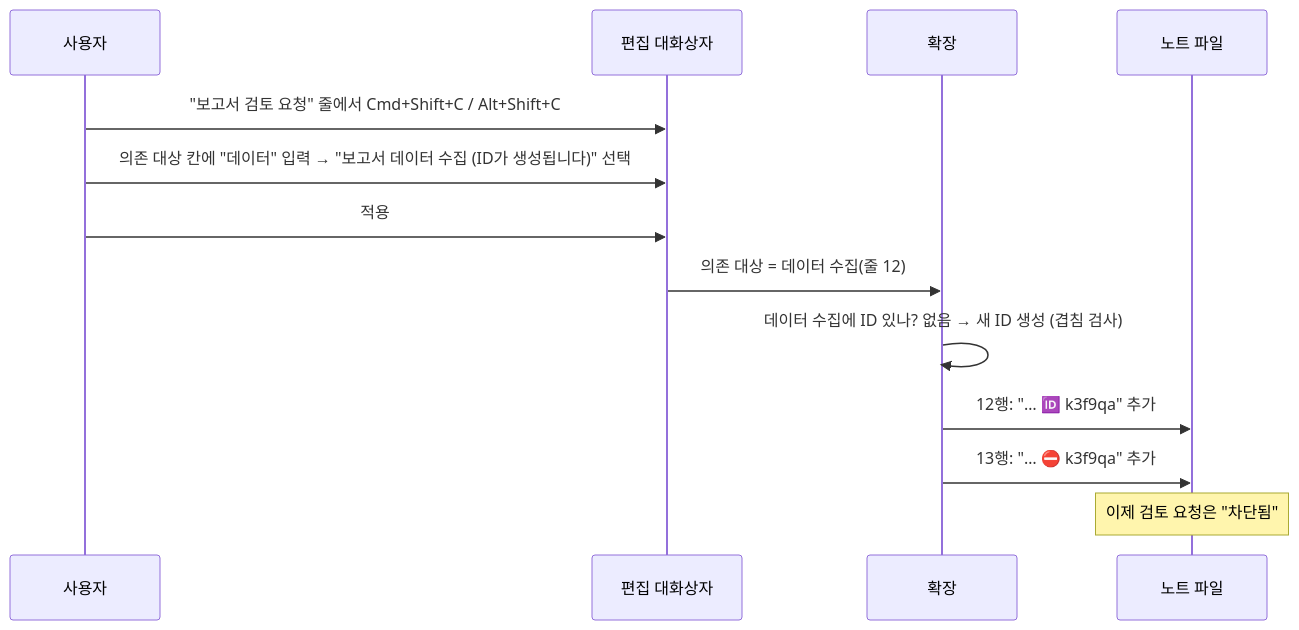
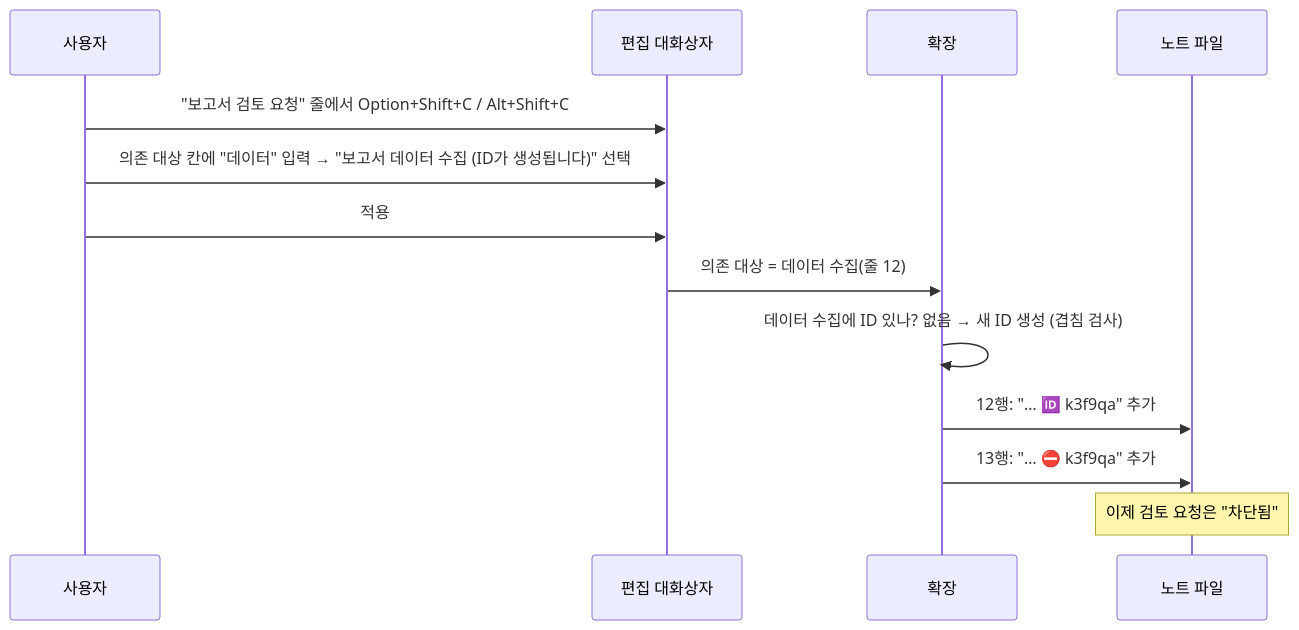
The first of 7 diagrams in docs/dependencies-guide.md (W-Leester/tasks-for-markdown), drawn with Mermaid before and after one commit. The commit also changed other lines of this file and 22 other files, not shown here.

First line of the commit message:
feat(keys): checkbox Cmd/Ctrl+Shift+C, done Option/Alt+C, create Option/Alt+Shift+C (M35)

````diff
--- a/docs/dependencies-guide.md
+++ b/docs/dependencies-guide.md
@@ -40,16 +40,16 @@
 ```mermaid
 sequenceDiagram
     participant U as 사용자
     participant D as 편집 대화상자
     participant X as 확장
     participant F as 노트 파일
 
-    U->>D: "보고서 검토 요청" 줄에서 Cmd+Shift+C / Alt+Shift+C
+    U->>D: "보고서 검토 요청" 줄에서 Option+Shift+C / Alt+Shift+C
     U->>D: 의존 대상 칸에 "데이터" 입력 → "보고서 데이터 수집 (ID가 생성됩니다)" 선택
     U->>D: 적용
     D->>X: 의존 대상 = 데이터 수집(줄 12)
     X->>X: 데이터 수집에 ID 있나? 없음 → 새 ID 생성 (겹침 검사)
     X->>F: 12행: "… 🆔 k3f9qa" 추가
     X->>F: 13행: "… ⛔ k3f9qa" 추가
     Note over F: 이제 검토 요청은 "차단됨"
 ```
````
